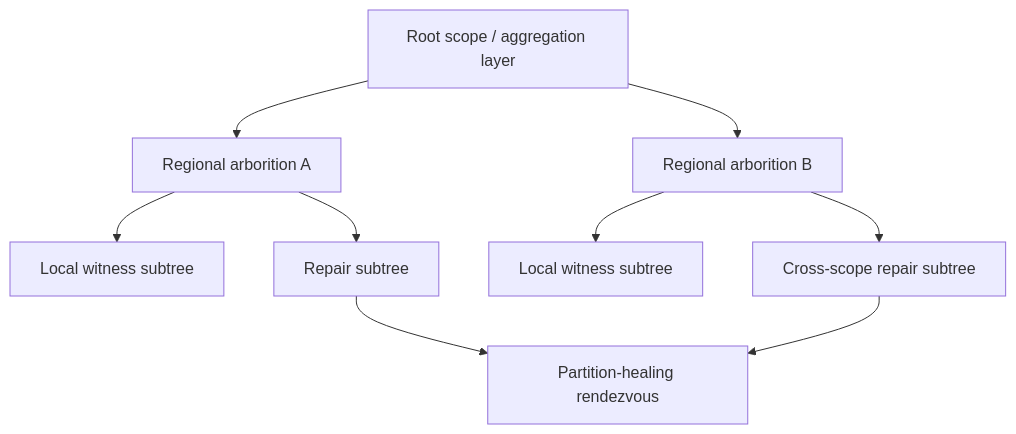
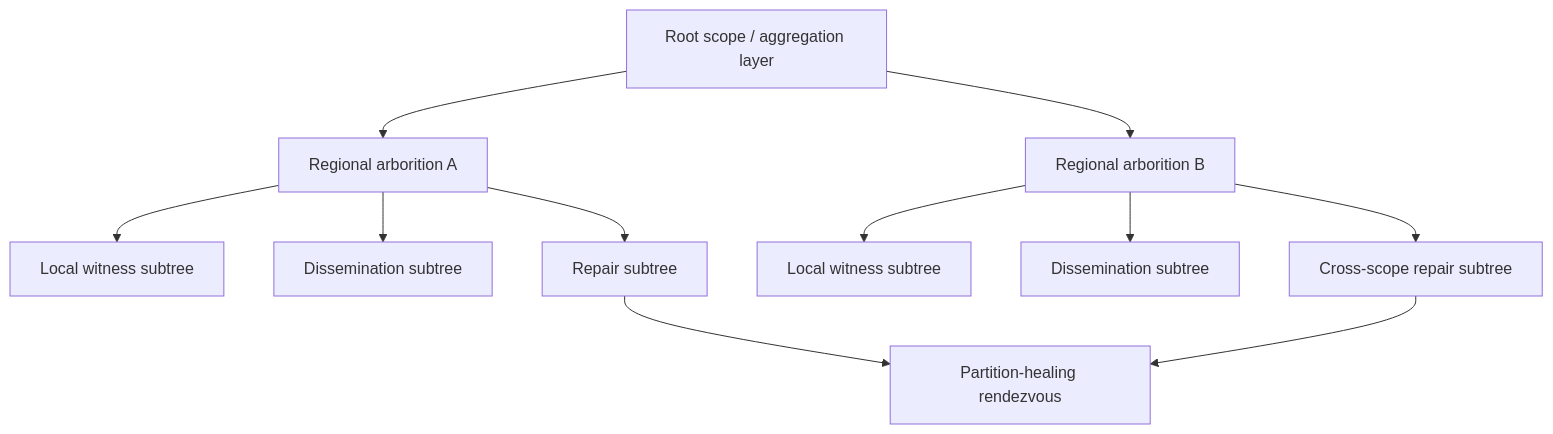
One commit to henry-filgueiras/schedspec changed the sixth of 7 diagrams in docs/DIAGRAMS.md. Above: the diagram before and after it, drawn with Mermaid. The commit also changed other lines of this file and 6 other files, not shown here.

````diff
--- a/docs/DIAGRAMS.md
+++ b/docs/DIAGRAMS.md
@@ -141,11 +129,13 @@
 ```mermaid
 flowchart TB
     A["Root scope / aggregation layer"] --> B1["Regional arborition A"]
     A --> B2["Regional arborition B"]
     B1 --> C1["Local witness subtree"]
-    B1 --> C2["Repair subtree"]
-    B2 --> C3["Local witness subtree"]
-    B2 --> C4["Cross-scope repair subtree"]
-    C2 --> D["Partition-healing rendezvous"]
-    C4 --> D
+    B1 --> C2["Dissemination subtree"]
+    B1 --> C3["Repair subtree"]
+    B2 --> D1["Local witness subtree"]
+    B2 --> D2["Dissemination subtree"]
+    B2 --> D3["Cross-scope repair subtree"]
+    C3 --> E["Partition-healing rendezvous"]
+    D3 --> E
 ```
````
